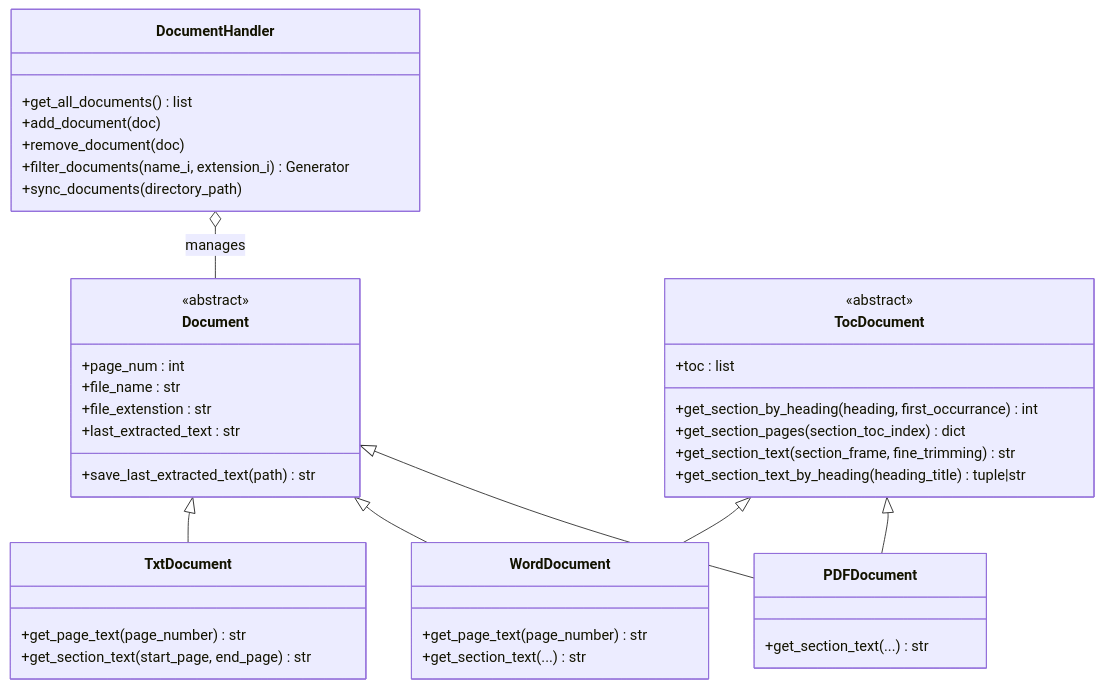
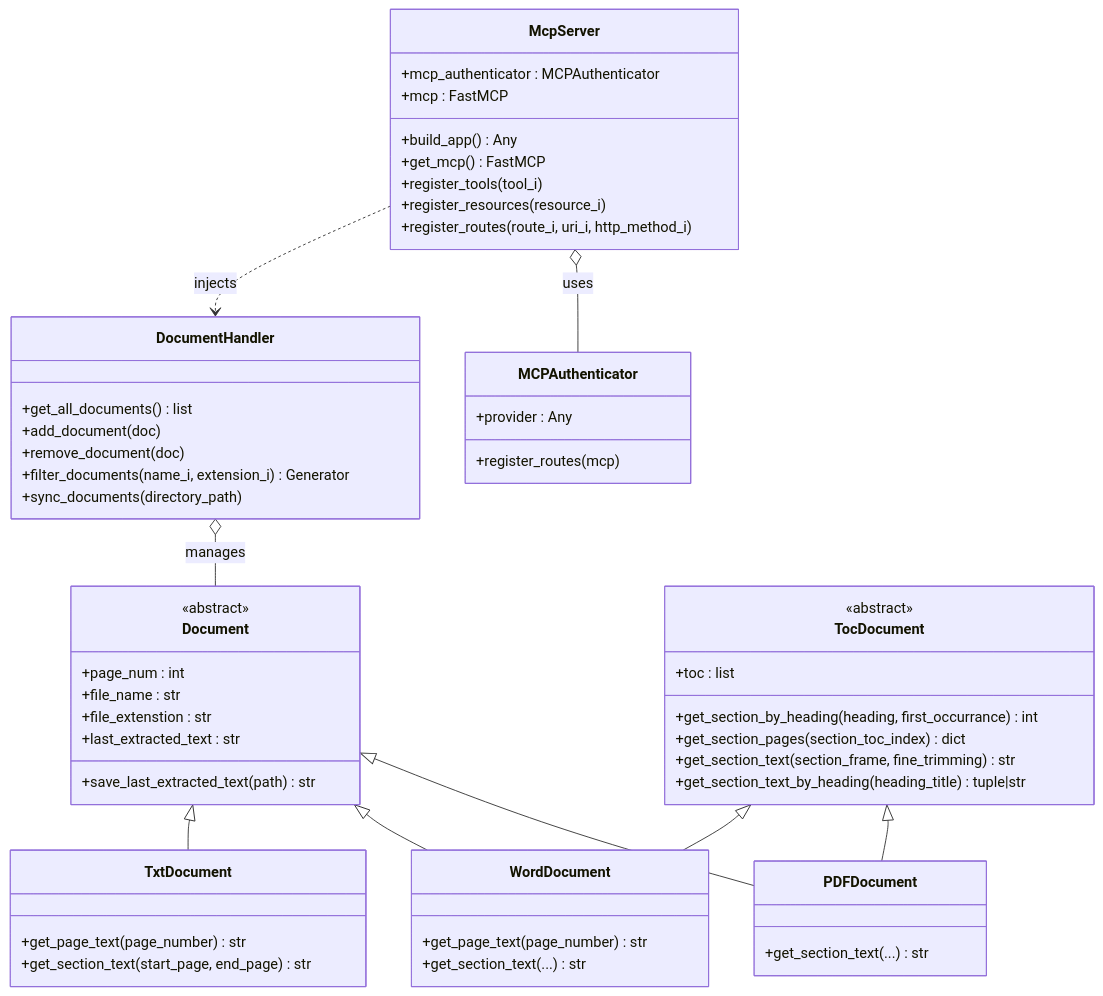
One commit to calogero-forte/semantic_finder changed the diagram in README.md. Above: the diagram before and after it, drawn with Mermaid. The commit also changed other lines of this file and 13 other files, not shown here.

Commit message:
Toward production 2 1. Added License statement in all modules and courtesy of statement in authentication.py 2. Handled IndexError in the tool usign get_section_text 3. Updated README.md with mcppkg classes diagram and an interaction example with the agent

````diff
--- a/README.md
+++ b/README.md
@@ -15,51 +15,69 @@
 ```mermaid
 classDiagram
     class Document {
         <<abstract>>
         +page_num : int
         +file_name : str
         +file_extenstion : str
         +last_extracted_text : str
         +save_last_extracted_text(path) str
     }
 
     class TocDocument {
         <<abstract>>
         +toc : list
         +get_section_by_heading(heading, first_occurrance) int
         +get_section_pages(section_toc_index) dict
         +get_section_text(section_frame, fine_trimming) str
         +get_section_text_by_heading(heading_title) tuple|str
     }
 
     class PDFDocument {
         +get_section_text(...) str
     }
 
     class WordDocument {
         +get_page_text(page_number) str
         +get_section_text(...) str
     }
 
     class TxtDocument {
         +get_page_text(page_number) str
         +get_section_text(start_page, end_page) str
     }
 
     class DocumentHandler {
         +get_all_documents() list
         +add_document(doc)
         +remove_document(doc)
         +filter_documents(name_i, extension_i) Generator
         +sync_documents(directory_path)
     }
 
     Document <|-- PDFDocument
     Document <|-- WordDocument
     Document <|-- TxtDocument
     
     TocDocument <|-- PDFDocument
     TocDocument <|-- WordDocument
     
     DocumentHandler o-- Document : manages
+
+    class McpServer {
+        +mcp_authenticator : MCPAuthenticator
+        +mcp : FastMCP
+        +build_app() Any
+        +get_mcp() FastMCP
+        +register_tools(tool_i)
+        +register_resources(resource_i)
+        +register_routes(route_i, uri_i, http_method_i)
+    }
+
+    class MCPAuthenticator {
+        +provider : Any
+        +register_routes(mcp)
+    }
+
+    McpServer o-- MCPAuthenticator : uses
+    McpServer ..> DocumentHandler : injects
 ```
````
